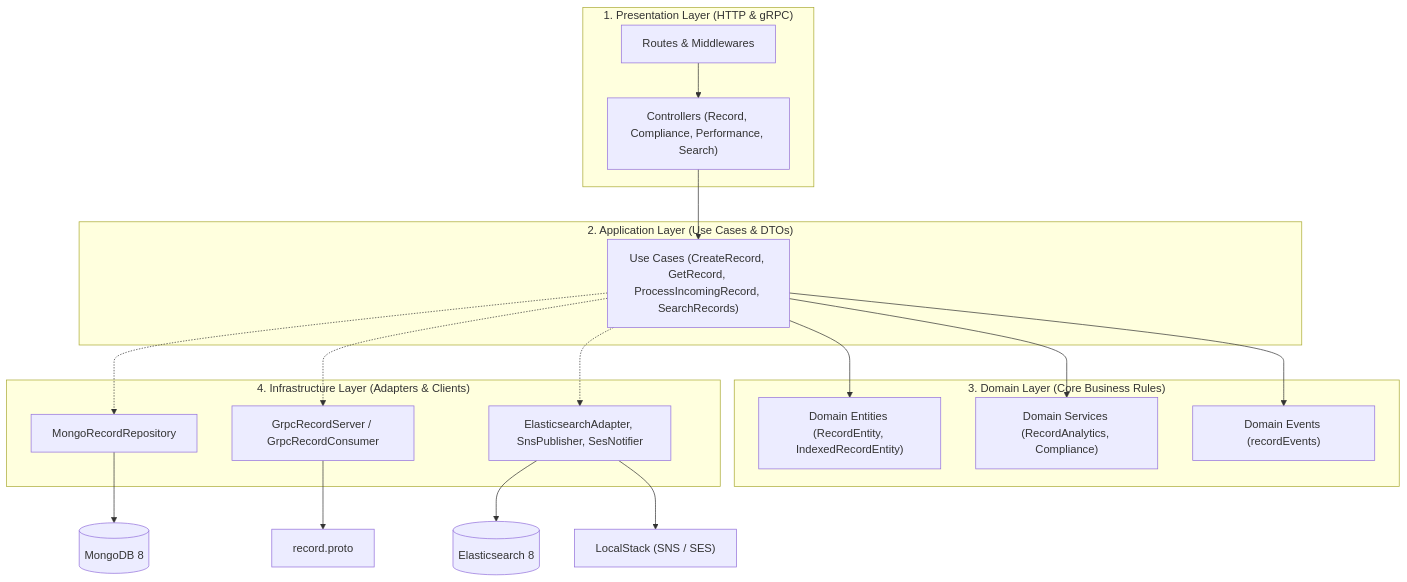
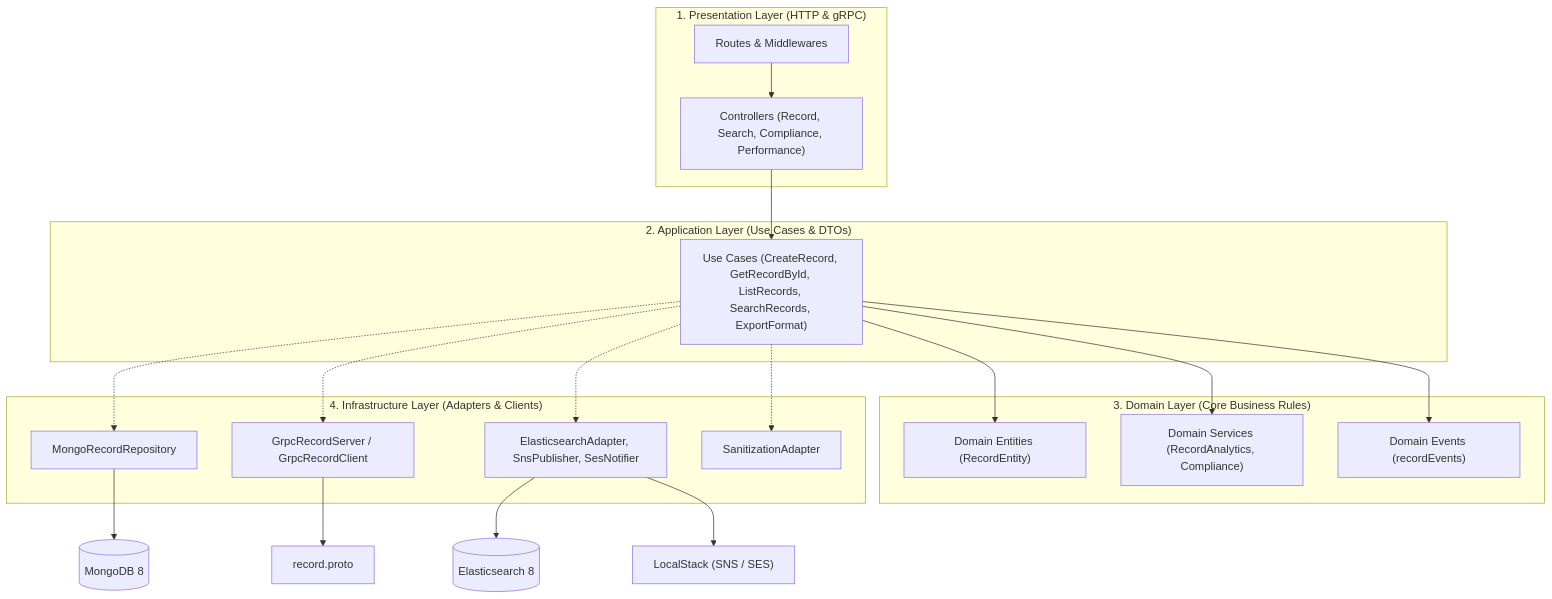
The first of 2 diagrams in README.md (Benny-Testable/Demo_Stack-), drawn with Mermaid before and after one commit. The commit also changed other lines of this file and 94 other files, not shown here.

Commit message:
feat(backend): consolidate into single unified Clean Architecture backend service

````diff
--- a/README.md
+++ b/README.md
@@ -25,27 +24,28 @@
 ```mermaid
 flowchart TD
     subgraph Presentation["1. Presentation Layer (HTTP & gRPC)"]
-        Routes["Routes & Middlewares"] --> Controllers["Controllers (Record, Compliance, Performance, Search)"]
+        Routes["Routes & Middlewares"] --> Controllers["Controllers (Record, Search, Compliance, Performance)"]
     end
 
     subgraph Application["2. Application Layer (Use Cases & DTOs)"]
-        Controllers --> UseCases["Use Cases (CreateRecord, GetRecord, ProcessIncomingRecord, SearchRecords)"]
+        Controllers --> UseCases["Use Cases (CreateRecord, GetRecordById, ListRecords, SearchRecords, ExportFormat)"]
     end
 
     subgraph Domain["3. Domain Layer (Core Business Rules)"]
-        UseCases --> Entities["Domain Entities (RecordEntity, IndexedRecordEntity)"]
+        UseCases --> Entities["Domain Entities (RecordEntity)"]
         UseCases --> DomainServices["Domain Services (RecordAnalytics, Compliance)"]
         UseCases --> Events["Domain Events (recordEvents)"]
     end
 
     subgraph Infrastructure["4. Infrastructure Layer (Adapters & Clients)"]
         UseCases -.-> Repositories["MongoRecordRepository"]
-        UseCases -.-> GrpcAdapters["GrpcRecordServer / GrpcRecordConsumer"]
+        UseCases -.-> GrpcAdapters["GrpcRecordServer / GrpcRecordClient"]
         UseCases -.-> ExternalAdapters["ElasticsearchAdapter, SnsPublisher, SesNotifier"]
+        UseCases -.-> SecurityAdapters["SanitizationAdapter"]
     end
 
     Repositories --> Mongo[("MongoDB 8")]
     GrpcAdapters --> ProtoContract["record.proto"]
     ExternalAdapters --> ES[("Elasticsearch 8")]
     ExternalAdapters --> AWS["LocalStack (SNS / SES)"]
 ```
````
